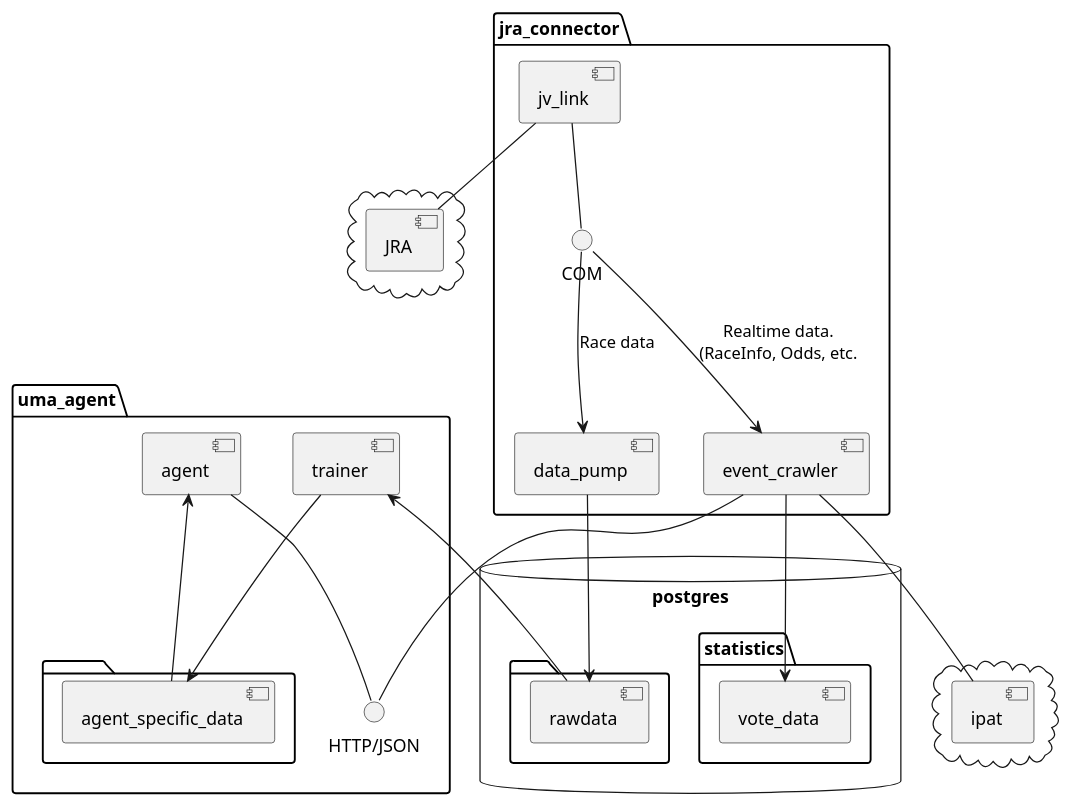
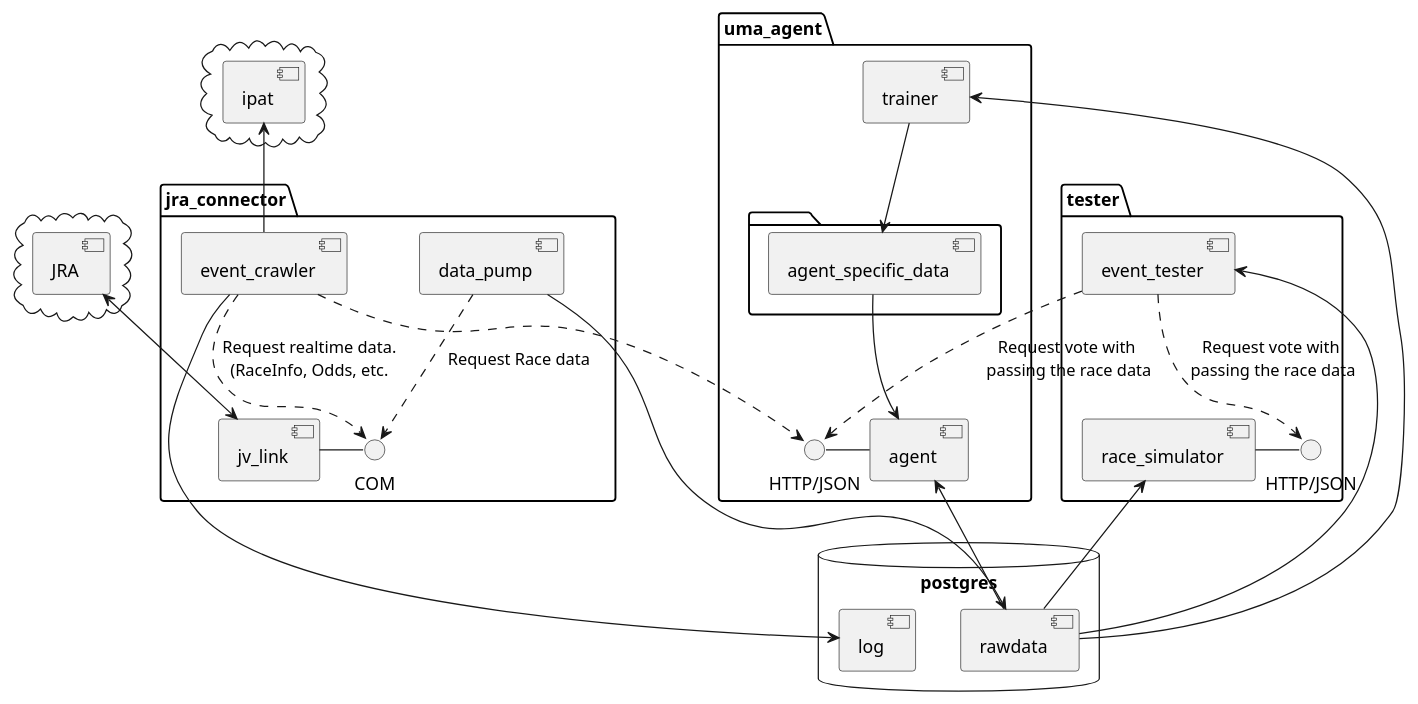
One commit to iwase22334/uma_document changed the diagram in software_design/dataflow.plantuml. Above: the diagram before and after it, drawn with PlantUML. The commit also changed 1 other file, not shown here.

Commit message:
complete dataFlow.plantuml

```diff
--- a/software_design/dataflow.plantuml
+++ b/software_design/dataflow.plantuml
@@ -1,49 +1,55 @@
 @startuml
 
-cloud {
-    [JRA]
+database "postgres" {
+    [rawdata]
+    [log]
+}
+
+package "jra_connector" {
+    interface "COM" as jv_link_if
+    [jv_link] - jv_link_if 
+    [event_crawler] ..> jv_link_if : "Request realtime data.\n(RaceInfo, Odds, etc."
+    [data_pump] ..> jv_link_if : "Request Race data"
+}
+
+[data_pump] --> [rawdata]
+
+package "uma_agent" {
+    interface "HTTP/JSON" as agent_if
+    [agent] - agent_if 
+    folder {
+        [agent_specific_data]
+    }
+    [trainer]
+    [trainer] --> [agent_specific_data]
+    [agent_specific_data] --> [agent]
+}
+
+package "tester" { 
+    interface "HTTP/JSON" as simulator_if
+    [race_simulator] - simulator_if
+    [event_tester]
+    [event_tester] ..> simulator_if : "Request vote with\n passing the race data" 
+    [race_simulator] <- [rawdata]
 }
 
 cloud {
     [ipat]
 }
 
-package "jra_connector" {
-    () "COM" as jv_link_if
-    [jv_link] -- jv_link_if 
-    jv_link_if --> [event_crawler] : "Realtime data.\n(RaceInfo, Odds, etc."
-    jv_link_if --> [data_pump] : "Race data"
+cloud {
+    [JRA]
 }
 
-package "uma_agent" {
-    () "HTTP/JSON" as agent_io
-    [agent] -- agent_io 
-    [trainer]
+[jv_link] <-up-> [JRA]
+[event_crawler] ..> agent_if 
+[event_crawler] -up-> [ipat]
+[event_crawler] -> [log]
 
-    folder {
-        [agent_specific_data]
-    }
-}
-
-database "postgres" {
-    folder {
-        [rawdata]
-    }
-
-    folder "statistics" {
-        [vote_data]
-    }
-}
-
-[jv_link] -- [JRA]
-[data_pump] --> [rawdata]
-
-[event_crawler] -- agent_io 
-[event_crawler] -- [ipat]
-[event_crawler] --> [vote_data]
+[event_tester] <- [rawdata]
+[event_tester] ..> [agent_if] : "Request vote with\n passing the race data"
 
 [trainer] <-- [rawdata]
-[trainer] --> [agent_specific_data]
-[agent] <-- [agent_specific_data]
+[agent] <-- [rawdata]
 
 @enduml
```
